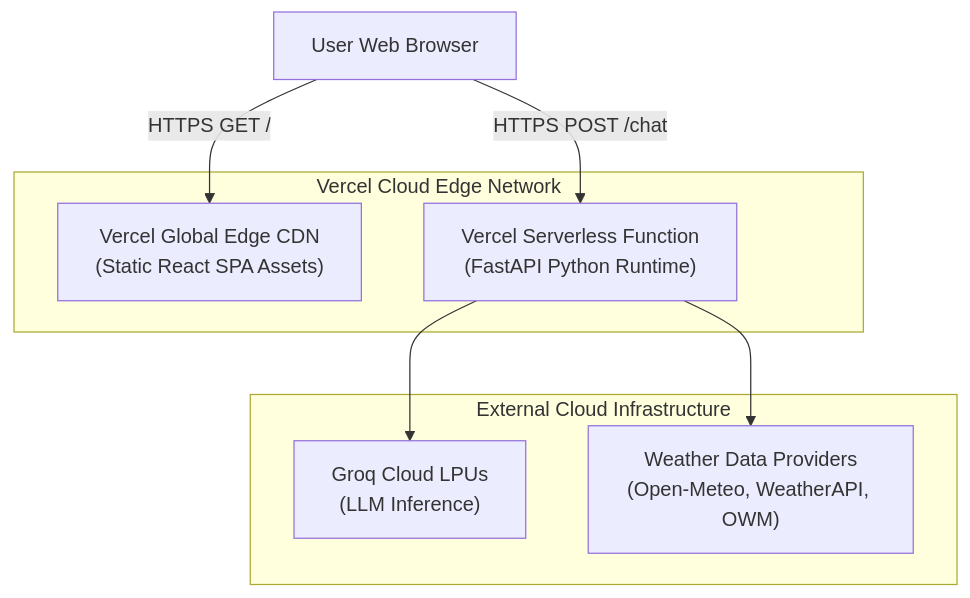
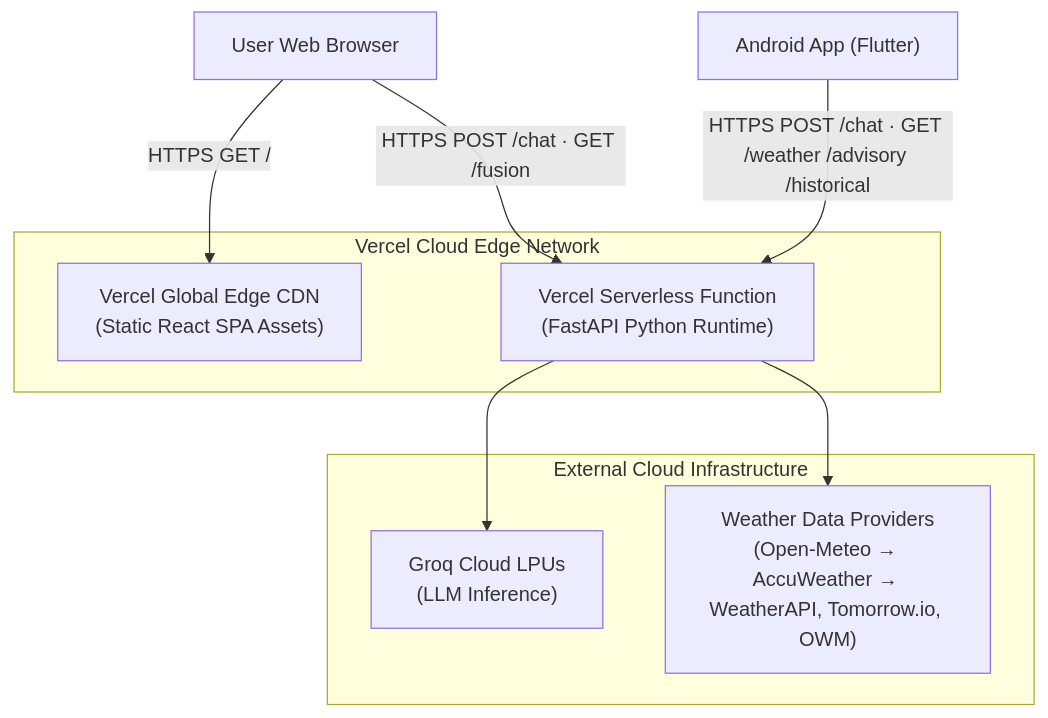
The sixth of 7 diagrams in frontend/Architecture.md (omsenjalia/weathergpt), drawn with Mermaid before and after one commit. The commit also changed other lines of this file and 22 other files, not shown here.

````diff
--- a/frontend/Architecture.md
+++ b/frontend/Architecture.md
@@ -505,17 +644,18 @@
 ```mermaid
 graph TB
     subgraph "Vercel Cloud Edge Network"
         CDN["Vercel Global Edge CDN<br/>(Static React SPA Assets)"]
         SLS["Vercel Serverless Function<br/>(FastAPI Python Runtime)"]
     end
 
     subgraph "External Cloud Infrastructure"
         GROQ["Groq Cloud LPUs<br/>(LLM Inference)"]
-        MET["Weather Data Providers<br/>(Open-Meteo, WeatherAPI, OWM)"]
+        MET["Weather Data Providers<br/>(Open-Meteo → AccuWeather → WeatherAPI, Tomorrow.io, OWM)"]
     end
 
     USER["User Web Browser"] -->|"HTTPS GET /"| CDN
-    USER -->|"HTTPS POST /chat"| SLS
+    USER -->|"HTTPS POST /chat · GET /fusion"| SLS
+    PHONE["Android App (Flutter)"] -->|"HTTPS POST /chat · GET /weather /advisory /historical"| SLS
     SLS --> GROQ
     SLS --> MET
 ```
````
